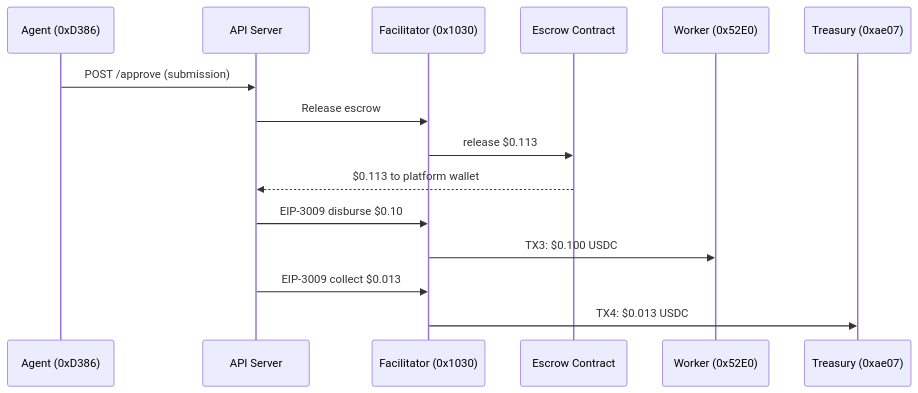
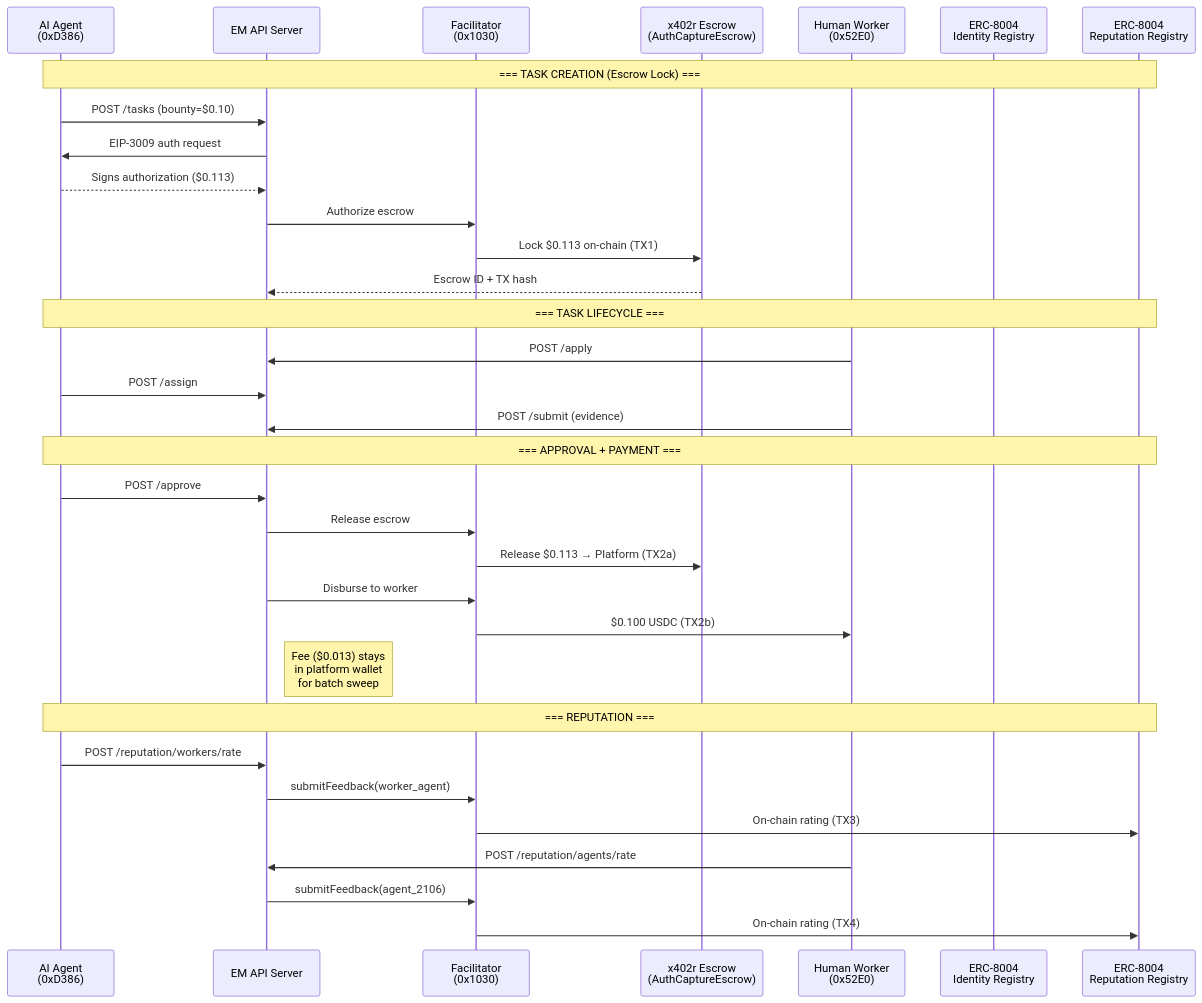
The first of 3 diagrams in docs/reports/COMPLETE_FLOW_REPORT.md (UltravioletaDAO/execution-market), drawn with Mermaid before and after one commit. The commit also changed other lines of this file and 6 other files, not shown here.

First line of the commit message:
docs: complete flow report + golden flow reports for Ali/x402r

````diff
--- a/docs/reports/COMPLETE_FLOW_REPORT.md
+++ b/docs/reports/COMPLETE_FLOW_REPORT.md
@@ -98,18 +54,39 @@
 ```mermaid
 sequenceDiagram
-    participant Agent as Agent (0xD386)
-    participant API as API Server
-    participant Facilitator as Facilitator (0x1030)
-    participant Escrow as Escrow Contract
-    participant Worker as Worker (0x52E0)
-    participant Treasury as Treasury (0xae07)
+    participant Agent as AI Agent<br/>(0xD386)
+    participant API as EM API Server
+    participant Facilitator as Facilitator<br/>(0x1030)
+    participant Escrow as x402r Escrow<br/>(AuthCaptureEscrow)
+    participant Worker as Human Worker<br/>(0x52E0)
+    participant Registry as ERC-8004<br/>Identity Registry
+    participant Reputation as ERC-8004<br/>Reputation Registry
 
-    Agent->>API: POST /approve (submission)
+    Note over Agent,Reputation: === TASK CREATION (Escrow Lock) ===
+    Agent->>API: POST /tasks (bounty=$0.10)
+    API->>Agent: EIP-3009 auth request
+    Agent-->>API: Signs authorization ($0.113)
+    API->>Facilitator: Authorize escrow
+    Facilitator->>Escrow: Lock $0.113 on-chain (TX1)
+    Escrow-->>API: Escrow ID + TX hash
+
+    Note over Agent,Reputation: === TASK LIFECYCLE ===
+    Worker->>API: POST /apply
+    Agent->>API: POST /assign
+    Worker->>API: POST /submit (evidence)
+
+    Note over Agent,Reputation: === APPROVAL + PAYMENT ===
+    Agent->>API: POST /approve
     API->>Facilitator: Release escrow
-    Facilitator->>Escrow: release $0.113
-    Escrow-->>API: $0.113 to platform wallet
-    API->>Facilitator: EIP-3009 disburse $0.10
-    Facilitator->>Worker: TX3: $0.100 USDC
-    API->>Facilitator: EIP-3009 collect $0.013
-    Facilitator->>Treasury: TX4: $0.013 USDC
+    Facilitator->>Escrow: Release $0.113 → Platform (TX2a)
+    API->>Facilitator: Disburse to worker
+    Facilitator->>Worker: $0.100 USDC (TX2b)
+    Note right of API: Fee ($0.013) stays<br/>in platform wallet<br/>for batch sweep
+
+    Note over Agent,Reputation: === REPUTATION ===
+    Agent->>API: POST /reputation/workers/rate
+    API->>Facilitator: submitFeedback(worker_agent)
+    Facilitator->>Reputation: On-chain rating (TX3)
+    Worker->>API: POST /reputation/agents/rate
+    API->>Facilitator: submitFeedback(agent_2106)
+    Facilitator->>Reputation: On-chain rating (TX4)
 ```
````
